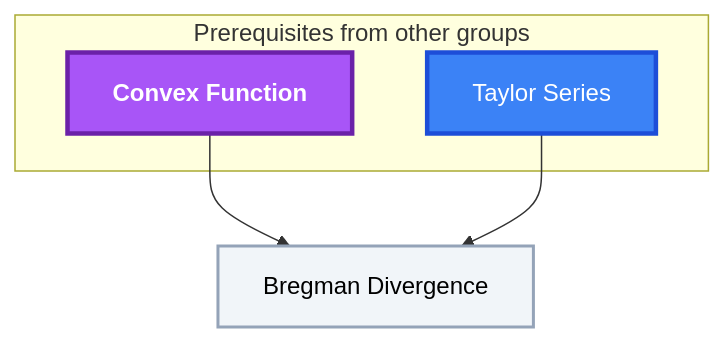
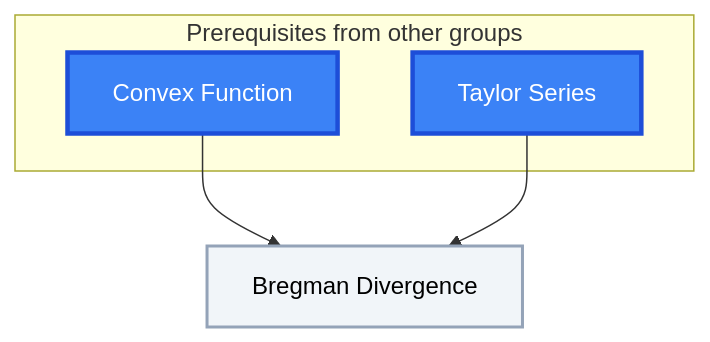
One commit to MRauf1/My-Notes changed the first of 2 diagrams in Gamification/Skill Trees/Optimization.md. Above: the diagram before and after it, drawn with Mermaid. The commit also changed other lines of this file and 73 other files, not shown here.

````diff
--- a/Gamification/Skill Trees/Optimization.md
+++ b/Gamification/Skill Trees/Optimization.md
@@ -17,23 +17,22 @@
 ```mermaid
 flowchart TD
     classDef planned fill:#1E293B,stroke:#64748B,stroke-width:2px,stroke-dasharray:5 5,color:#94A3B8;
     classDef locked fill:#334155,stroke:#475569,stroke-width:2px,color:#94A3B8;
     classDef L0 fill:#F1F5F9,stroke:#94A3B8,stroke-width:2px,color:#000000;
     classDef L1 fill:#22C55E,stroke:#15803D,stroke-width:2px,color:#000000;
     classDef L2 fill:#3B82F6,stroke:#1D4ED8,stroke-width:3px,color:#FFFFFF;
     classDef L3 fill:#A855F7,stroke:#6B21A8,stroke-width:3px,color:#FFFFFF,font-weight:bold;
     classDef L4 fill:#F97316,stroke:#C2410C,stroke-width:4px,color:#000000,font-weight:bold;
     classDef L5 fill:#FFD700,stroke:#FF8C00,stroke-width:5px,color:#000000,font-weight:bold;
     classDef rusty stroke:#8B4513,stroke-width:4px,stroke-dasharray:3 3;
     subgraph sg_prereqs["Prerequisites from other groups"]
         n_convex_function["Convex Function"]
         n_taylor_series["Taylor Series"]
     end
     n_bregman_divergence["Bregman Divergence"]
     n_convex_function --> n_bregman_divergence
     n_taylor_series --> n_bregman_divergence
     class n_bregman_divergence L0;
-    class n_taylor_series L2;
-    class n_convex_function L3;
+    class n_convex_function,n_taylor_series L2;
     class n_convex_function,n_taylor_series,n_bregman_divergence internal-link;
 ```
````
